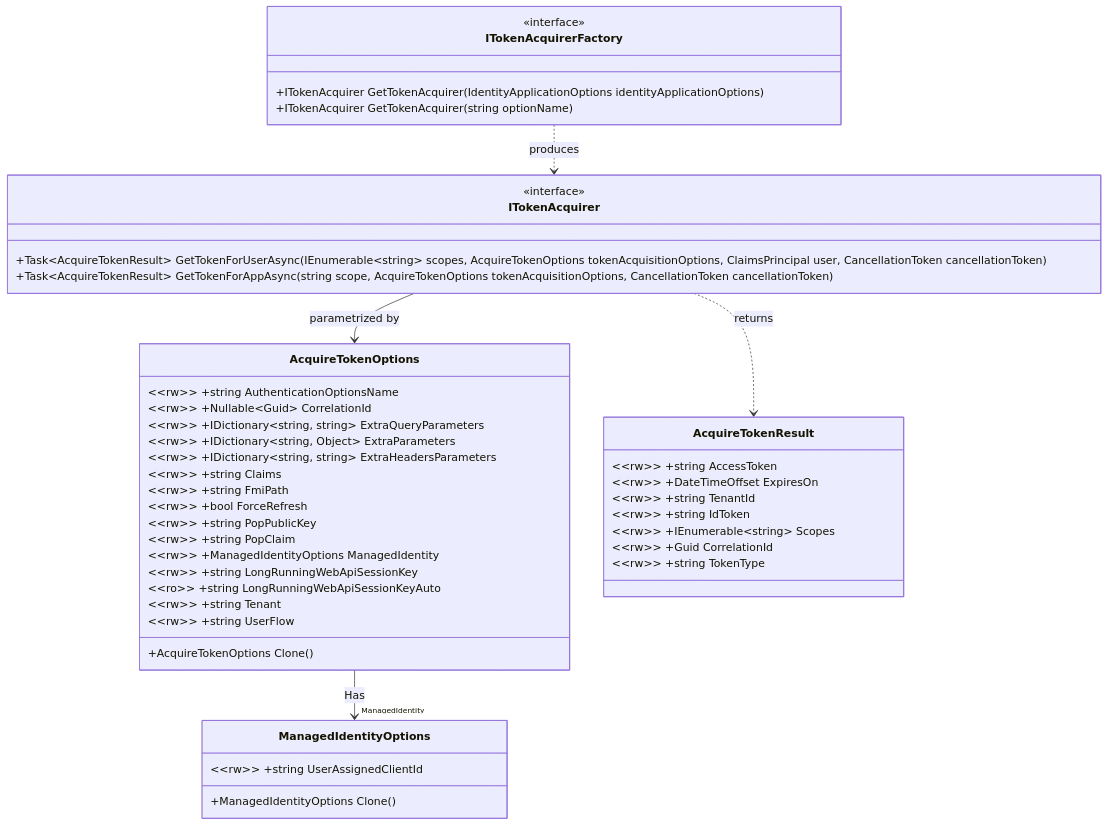
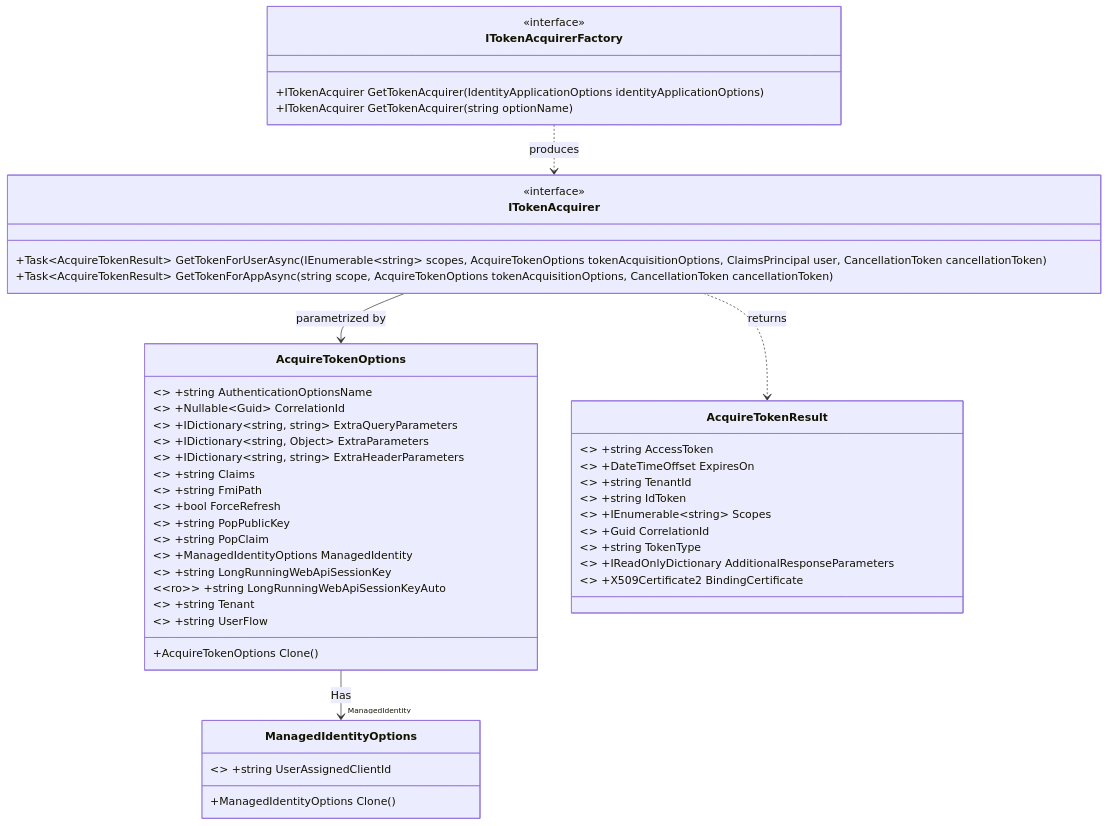
The fourth of 6 diagrams in README.md (AzureAD/microsoft-identity-abstractions-for-dotnet), drawn with Mermaid before and after one commit. The commit also changed other lines of this file, not shown here.

First line of the commit message:
Update README with diagram sync and class details

````diff
--- a/README.md
+++ b/README.md
@@ -343,47 +364,49 @@
 ```mermaid
 classDiagram
    class AcquireTokenOptions {
     +AcquireTokenOptions Clone()
-    &lt;&lt;rw&gt;&gt; +string AuthenticationOptionsName
-    &lt;&lt;rw&gt;&gt; +Nullable&lt;Guid&gt; CorrelationId
-    &lt;&lt;rw&gt;&gt; +IDictionary&lt;string, string&gt; ExtraQueryParameters
-    &lt;&lt;rw&gt;&gt; +IDictionary&lt;string, Object&gt; ExtraParameters
-    &lt;&lt;rw&gt;&gt; +IDictionary&lt;string, string&gt; ExtraHeadersParameters
-    &lt;&lt;rw&gt;&gt; +string Claims
-    &lt;&lt;rw&gt;&gt; +string FmiPath
-    &lt;&lt;rw&gt;&gt; +bool ForceRefresh
-    &lt;&lt;rw&gt;&gt; +string PopPublicKey
-    &lt;&lt;rw&gt;&gt; +string PopClaim
-    &lt;&lt;rw&gt;&gt; +ManagedIdentityOptions ManagedIdentity
-    &lt;&lt;rw&gt;&gt; +string LongRunningWebApiSessionKey
+    <<rw>> +string AuthenticationOptionsName
+    <<rw>> +Nullable&lt;Guid&gt; CorrelationId
+    <<rw>> +IDictionary&lt;string, string&gt; ExtraQueryParameters
+    <<rw>> +IDictionary&lt;string, Object&gt; ExtraParameters
+    <<rw>> +IDictionary&lt;string, string&gt; ExtraHeaderParameters
+    <<rw>> +string Claims
+    <<rw>> +string FmiPath
+    <<rw>> +bool ForceRefresh
+    <<rw>> +string PopPublicKey
+    <<rw>> +string PopClaim
+    <<rw>> +ManagedIdentityOptions ManagedIdentity
+    <<rw>> +string LongRunningWebApiSessionKey
     &lt;&lt;ro&gt;&gt; +string LongRunningWebApiSessionKeyAuto
-    &lt;&lt;rw&gt;&gt; +string Tenant
-    &lt;&lt;rw&gt;&gt; +string UserFlow
+    <<rw>> +string Tenant
+    <<rw>> +string UserFlow
     }
     class AcquireTokenResult {
-    &lt;&lt;rw&gt;&gt; +string AccessToken
-    &lt;&lt;rw&gt;&gt; +DateTimeOffset ExpiresOn
-    &lt;&lt;rw&gt;&gt; +string TenantId
-    &lt;&lt;rw&gt;&gt; +string IdToken
-    &lt;&lt;rw&gt;&gt; +IEnumerable&lt;string&gt; Scopes
-    &lt;&lt;rw&gt;&gt; +Guid CorrelationId
-    &lt;&lt;rw&gt;&gt; +string TokenType
+    <<rw>> +string AccessToken
+    <<rw>> +DateTimeOffset ExpiresOn
+    <<rw>> +string TenantId
+    <<rw>> +string IdToken
+    <<rw>> +IEnumerable&lt;string&gt; Scopes
+    <<rw>> +Guid CorrelationId
+    <<rw>> +string TokenType
+    <<rw>> +IReadOnlyDictionary<string,string> AdditionalResponseParameters
+    <<rw>> +X509Certificate2 BindingCertificate
     }
     class ITokenAcquirer { <<interface>>
     +Task&lt;AcquireTokenResult&gt; GetTokenForUserAsync(IEnumerable&lt;string&gt; scopes, AcquireTokenOptions tokenAcquisitionOptions, ClaimsPrincipal user, CancellationToken cancellationToken)
     +Task&lt;AcquireTokenResult&gt; GetTokenForAppAsync(string scope, AcquireTokenOptions tokenAcquisitionOptions, CancellationToken cancellationToken)
     }
     class ITokenAcquirerFactory { <<interface>>
     +ITokenAcquirer GetTokenAcquirer(IdentityApplicationOptions identityApplicationOptions)
     +ITokenAcquirer GetTokenAcquirer(string optionName)
     }
     class ManagedIdentityOptions {
     +ManagedIdentityOptions Clone()
-    &lt;&lt;rw&gt;&gt; +string UserAssignedClientId
+    <<rw>> +string UserAssignedClientId
     }
 
    ITokenAcquirerFactory ..> ITokenAcquirer : produces
    ITokenAcquirer -->  AcquireTokenOptions : parametrized by
    AcquireTokenOptions --> "ManagedIdentity" ManagedIdentityOptions : Has
    ITokenAcquirer ..>  AcquireTokenResult : returns
 ```
````
